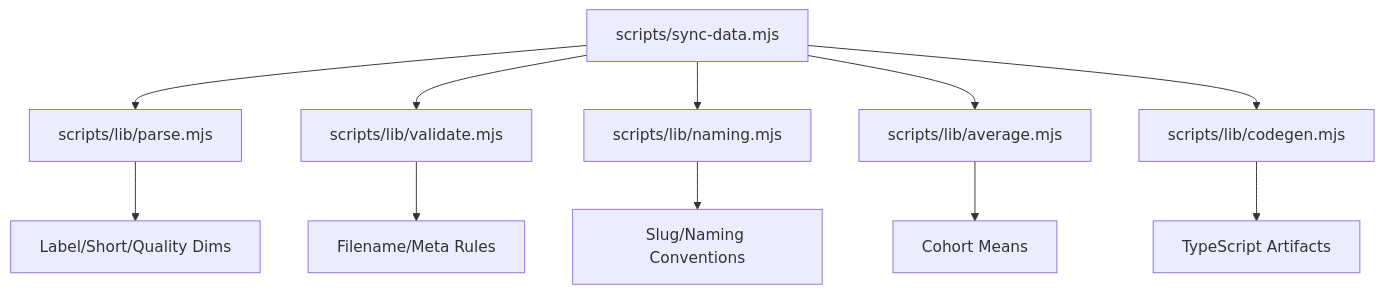
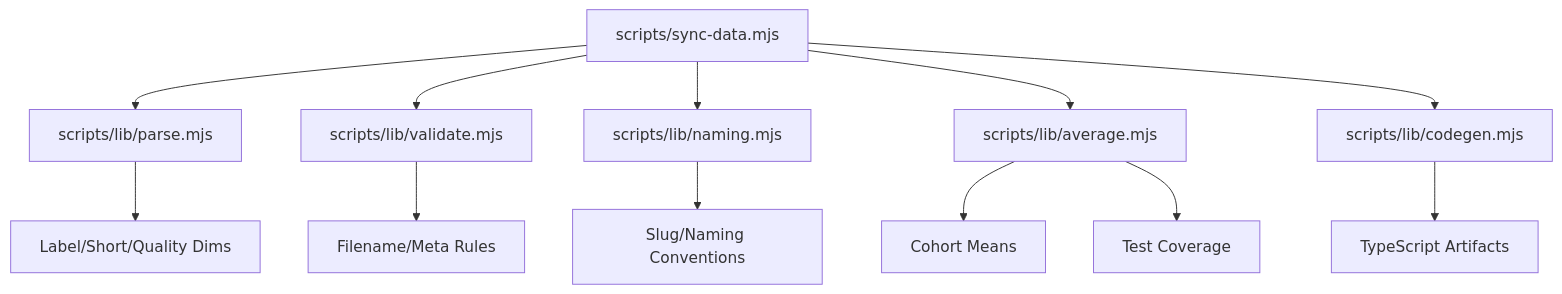
Diagram 17 of 17 in .qoder/repowiki/en/content/Data Management System/Data Management System.md (delirium-dj/modelcomp), drawn with Mermaid before and after one commit. The commit also changed other lines of this file and 103 other files, not shown here.

````diff
--- a/.qoder/repowiki/en/content/Data Management System/Data Management System.md
+++ b/.qoder/repowiki/en/content/Data Management System/Data Management System.md
@@ -551,13 +603,14 @@
 ```mermaid
 graph TB
 Sync["scripts/sync-data.mjs"] --> Parse["scripts/lib/parse.mjs"]
 Sync --> Validate["scripts/lib/validate.mjs"]
 Sync --> Naming["scripts/lib/naming.mjs"]
 Sync --> Average["scripts/lib/average.mjs"]
 Sync --> Codegen["scripts/lib/codegen.mjs"]
 Parse --> Types["Label/Short/Quality Dims"]
 Validate --> Rules["Filename/Meta Rules"]
 Naming --> Conventions["Slug/Naming Conventions"]
 Average --> Metrics["Cohort Means"]
+Average --> Tests["Test Coverage"]
 Codegen --> TS["TypeScript Artifacts"]
 ```
````
